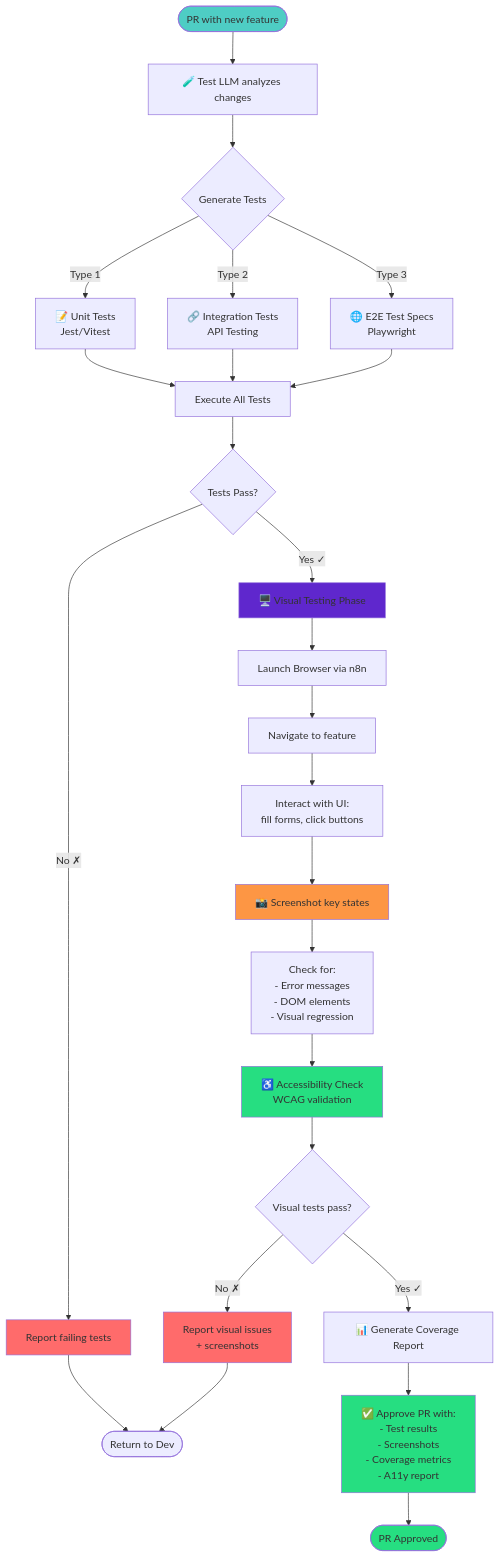
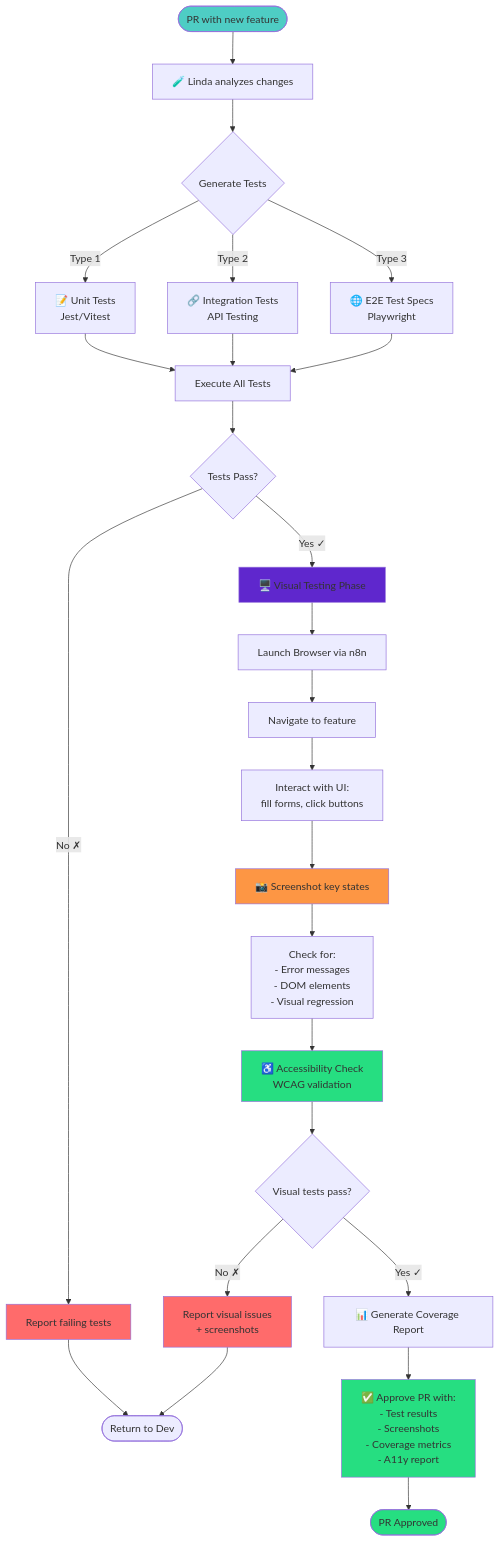
The eighth of 10 diagrams in blog/personal/2025-01-26-lokale-ai-dev-omgeving.md (rubenvdlinde/rubenlinde), drawn with Mermaid before and after one commit. The commit also changed other lines of this file, not shown here.

````diff
--- a/blog/personal/2025-01-26-lokale-ai-dev-omgeving.md
+++ b/blog/personal/2025-01-26-lokale-ai-dev-omgeving.md
@@ -753,45 +753,45 @@
 ```mermaid
 flowchart TB
-    Start([PR with new feature]) --> Analyze[🧪 Test LLM analyzes changes]
+    Start([PR with new feature]) --> Analyze[🧪 Linda analyzes changes]
 
     Analyze --> Generate{Generate Tests}
 
     Generate -->|Type 1| Unit[📝 Unit Tests<br/>Jest/Vitest]
     Generate -->|Type 2| Integration[🔗 Integration Tests<br/>API Testing]
     Generate -->|Type 3| E2E[🌐 E2E Test Specs<br/>Playwright]
 
     Unit --> Execute[Execute All Tests]
     Integration --> Execute
     E2E --> Execute
 
     Execute --> Results{Tests Pass?}
     Results -->|No ✗| Report1[Report failing tests]
     Report1 --> End([Return to Dev])
 
     Results -->|Yes ✓| Browser[🖥️ Visual Testing Phase]
 
     Browser --> Launch[Launch Browser via n8n]
     Launch --> Nav1[Navigate to feature]
     Nav1 --> Interact[Interact with UI:<br/>fill forms, click buttons]
     Interact --> Screenshot1[📸 Screenshot key states]
     Screenshot1 --> Check[Check for:<br/>- Error messages<br/>- DOM elements<br/>- Visual regression]
     Check --> A11y[♿ Accessibility Check<br/>WCAG validation]
 
     A11y --> VisualOK{Visual tests pass?}
     VisualOK -->|No ✗| Report2[Report visual issues<br/>+ screenshots]
     Report2 --> End
 
     VisualOK -->|Yes ✓| Coverage[📊 Generate Coverage Report]
     Coverage --> Final[✅ Approve PR with:<br/>- Test results<br/>- Screenshots<br/>- Coverage metrics<br/>- A11y report]
 
     Final --> Done([PR Approved])
 
     style Start fill:#4ecdc4
     style Browser fill:#5f27cd
     style Screenshot1 fill:#fd9644
     style A11y fill:#26de81
     style Final fill:#26de81
     style Done fill:#26de81
     style Report1 fill:#ff6b6b
     style Report2 fill:#ff6b6b
 ```
````
